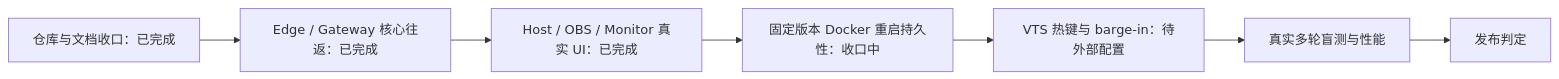
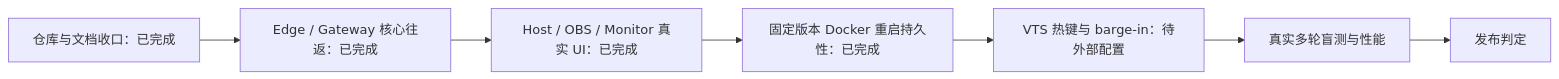
Before and after one commit to SakuraYoruno/Natsume_Ai: the diagram in docs/30_devspec/NEXT_GENERATION_EVOLUTION_EXECUTION.md, drawn with Mermaid. The commit also changed other lines of this file and 5 other files, not shown here.

````diff
--- a/docs/30_devspec/NEXT_GENERATION_EVOLUTION_EXECUTION.md
+++ b/docs/30_devspec/NEXT_GENERATION_EVOLUTION_EXECUTION.md
@@ -28,9 +28,9 @@
 ```mermaid
 flowchart LR
     A["仓库与文档收口：已完成"] --> B["Edge / Gateway 核心往返：已完成"]
     B --> C["Host / OBS / Monitor 真实 UI：已完成"]
-    C --> D["固定版本 Docker 重启持久性：收口中"]
+    C --> D["固定版本 Docker 重启持久性：已完成"]
     D --> E["VTS 热键与 barge-in：待外部配置"]
     E --> F["真实多轮盲测与性能"]
     F --> G["发布判定"]
 ```
````
